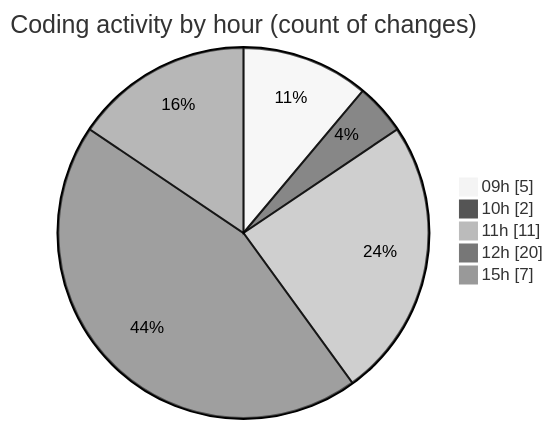
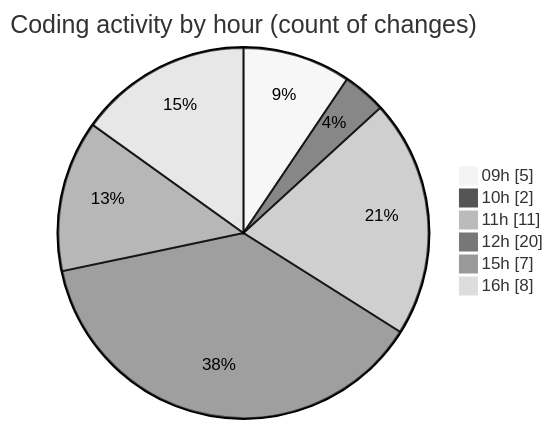
One commit to momahboobian/code-tracking changed the second of 2 diagrams in 2026-03-11/cda/README.md. Above: the diagram before and after it, drawn with Mermaid (neutral theme). The commit also changed other lines of this file and 1 other file, not shown here.

````diff
--- a/2026-03-11/cda/README.md
+++ b/2026-03-11/cda/README.md
@@ -47,9 +47,10 @@
 ```mermaid
 pie showData
 title Coding activity by hour (count of changes)
 "09h" : 5
 "10h" : 2
 "11h" : 11
 "12h" : 20
 "15h" : 7
+"16h" : 8
 ```
````
